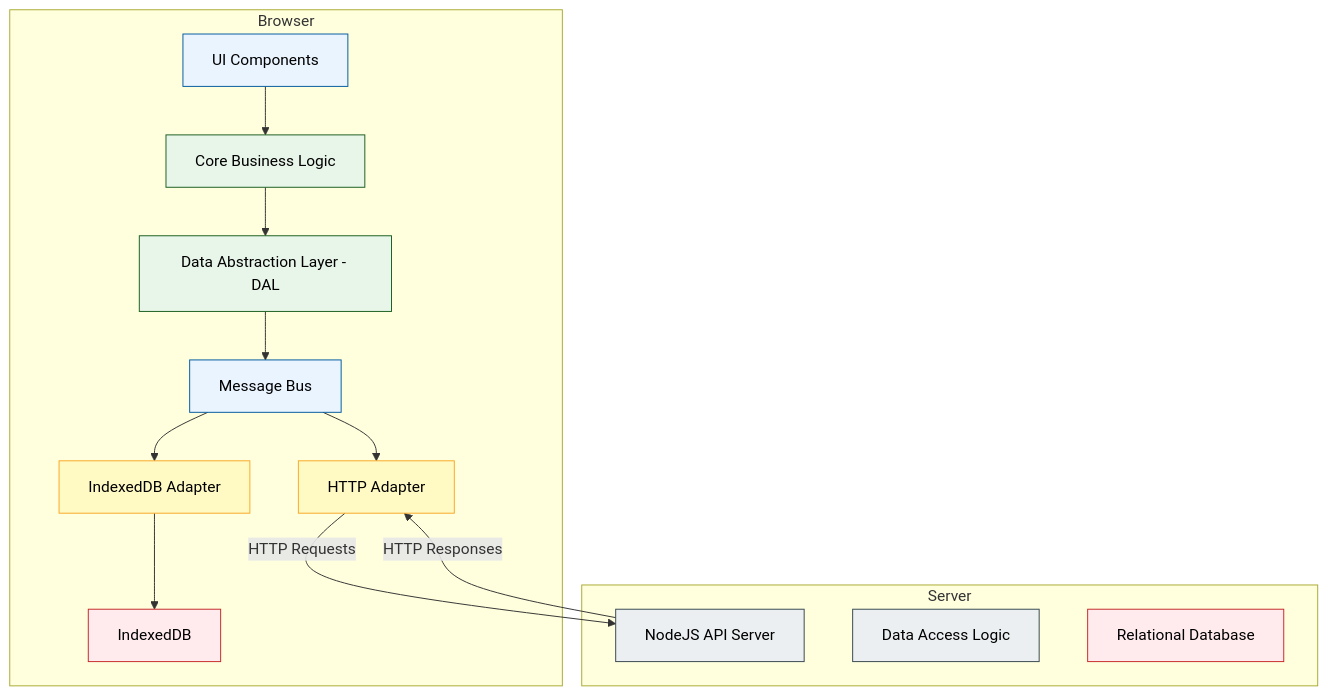
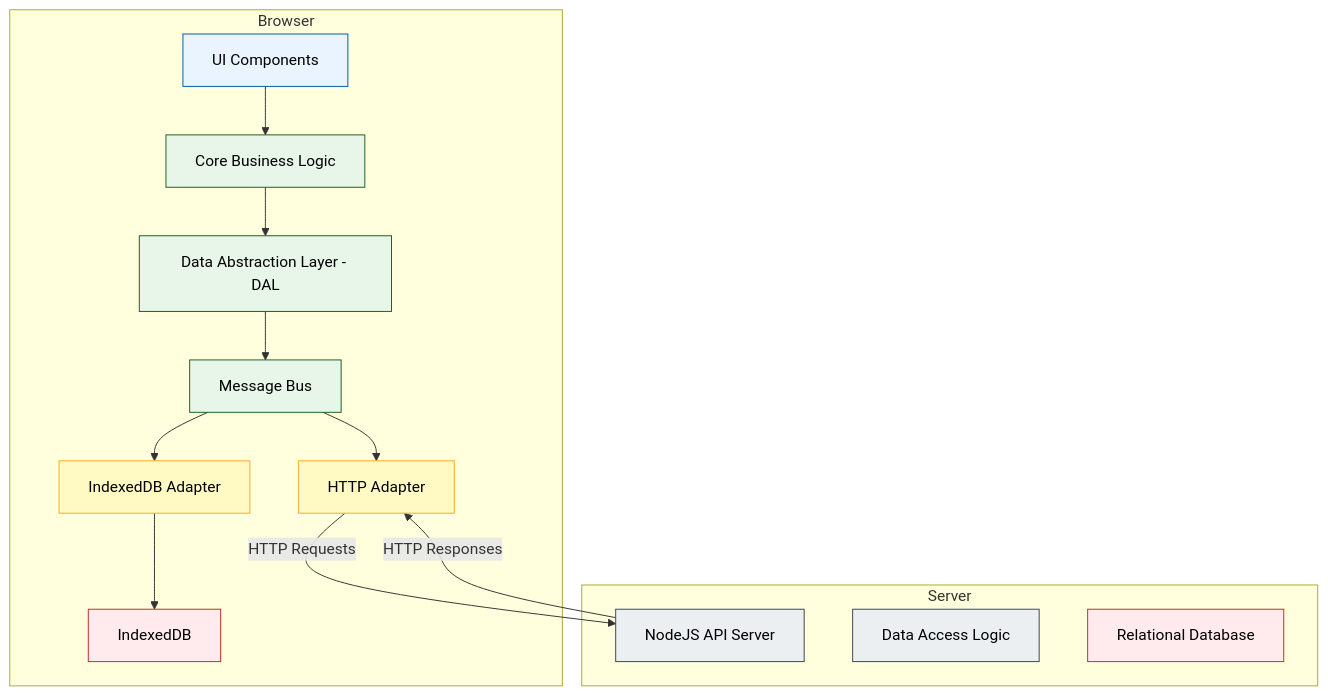
One commit to rngadam/flashcards changed the first of 3 diagrams in DESIGN.md. Above: the diagram before and after it, drawn with Mermaid. The commit also changed other lines of this file and 3 other files, not shown here.

First line of the commit message:
docs: Finalize isomorphic architecture design and add tooling

````diff
--- a/DESIGN.md
+++ b/DESIGN.md
@@ -16,39 +16,39 @@
 ```mermaid
 graph TD
     subgraph Browser
         A[UI Components]
         B[Core Business Logic]
         C[Data Abstraction Layer - DAL]
         D[Message Bus]
         E[IndexedDB Adapter]
         F[HTTP Adapter]
         G[IndexedDB]
     end
 
     subgraph Server
         H[NodeJS API Server]
         I[Data Access Logic]
         J[Relational Database]
     end
 
     A --> B
     B --> C
     C --> D
     D --> E
     D --> F
     E --> G
     F -- HTTP Requests --> H
     H -- HTTP Responses --> F
 
     classDef ui fill:#eaf4ff,stroke:#005a9e,stroke-width:1px,color:#000;
     classDef logic fill:#e8f5e9,stroke:#1b5e20,stroke-width:1px,color:#000;
     classDef adapter fill:#fff9c4,stroke:#f9a825,stroke-width:1px,color:#000;
     classDef datastore fill:#ffebee,stroke:#c62828,stroke-width:1px,color:#000;
     classDef server fill:#eceff1,stroke:#37474f,stroke-width:1px,color:#000;
 
-    class A,D ui;
-    class B,C logic;
+    class A ui;
+    class B,C,D logic;
     class E,F adapter;
     class G,J datastore;
     class H,I server;
 ```
````
